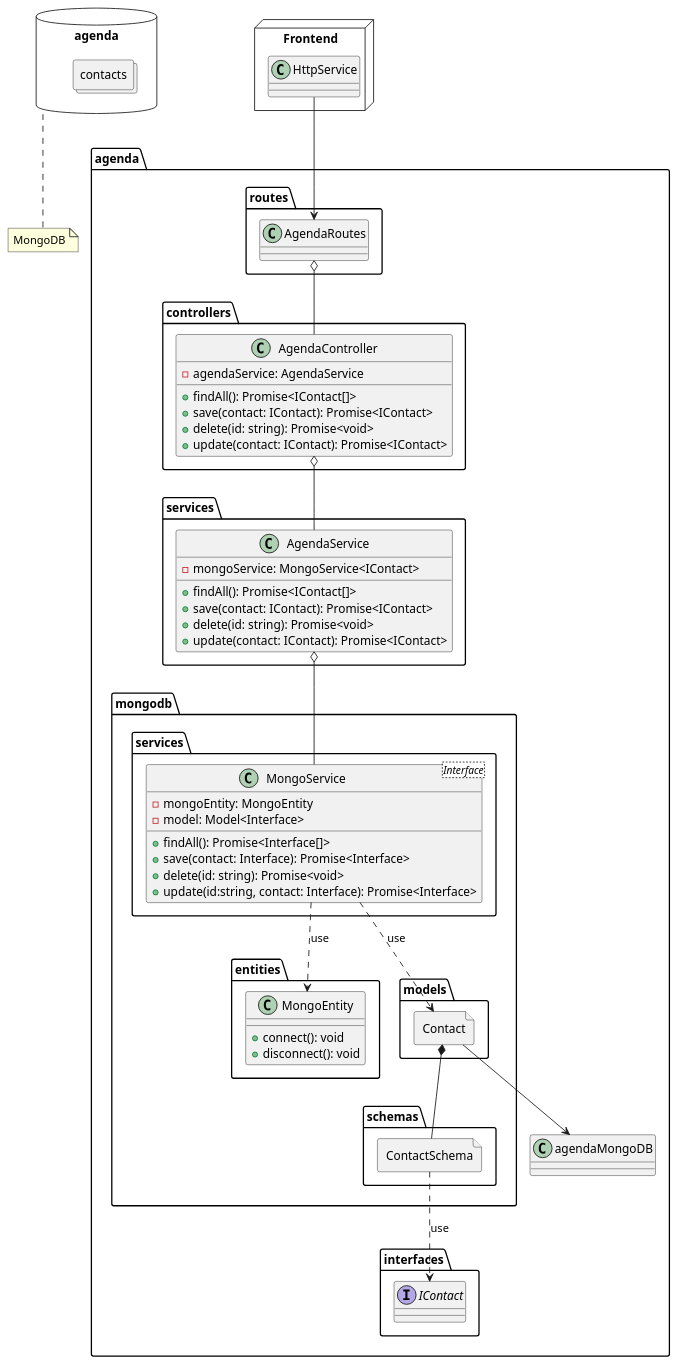
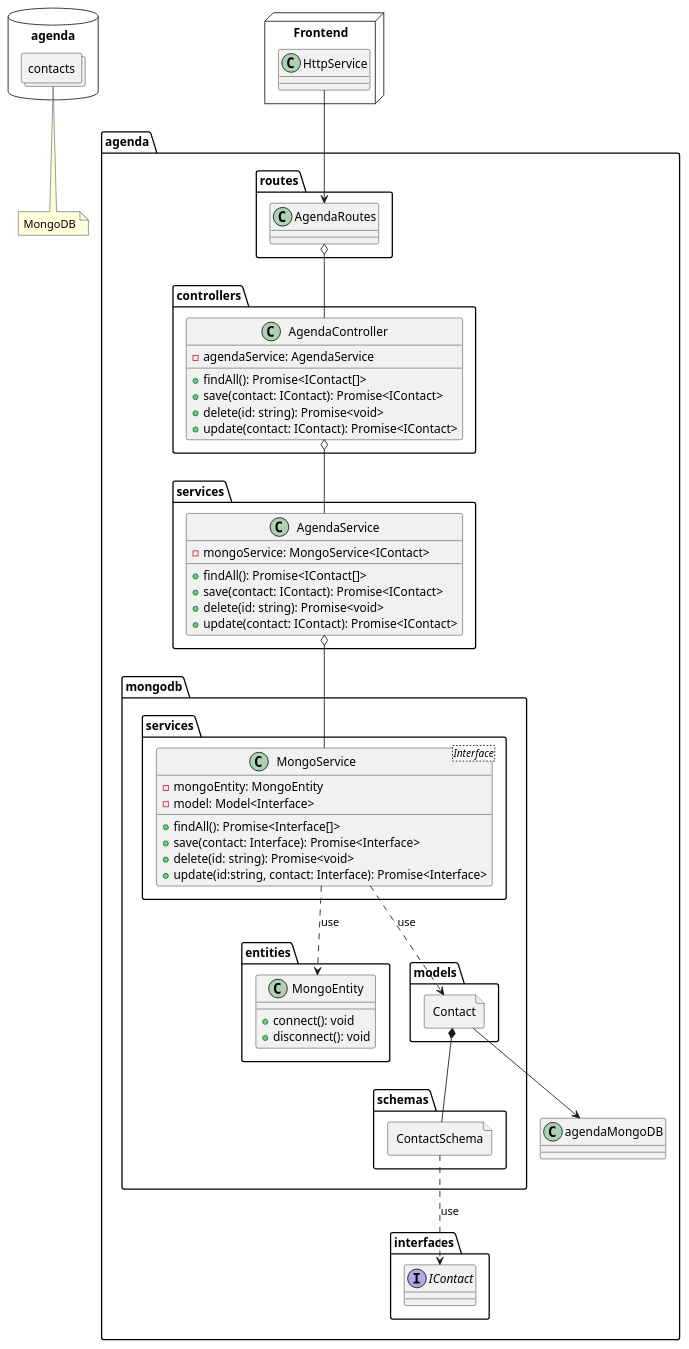
Before and after one commit to raulwwq0/Agenda-TypeScript: the diagram in docs/uml/server.puml, drawn with PlantUML. The commit also changed 1 other file, not shown here.

Commit message:
docs: refactor both uml

```diff
--- a/docs/uml/server.puml
+++ b/docs/uml/server.puml
@@ -1,84 +1,82 @@
 @startuml Server
 allowmixing
 
 package agenda {
     package controllers {
         class AgendaController {
             - agendaService: AgendaService
             + findAll(): Promise<IContact[]>
             + save(contact: IContact): Promise<IContact>
             + delete(id: string): Promise<void>
             + update(contact: IContact): Promise<IContact>
         }
     }
 
     package interfaces {
         interface IContact
     }
 
     package routes {
         class AgendaRoutes
     }
 
     package services {
         class AgendaService {
             - mongoService: MongoService<IContact>
             + findAll(): Promise<IContact[]>
             + save(contact: IContact): Promise<IContact>
             + delete(id: string): Promise<void>
             + update(contact: IContact): Promise<IContact>
         }
     }
 
     package mongodb {
         package entities {
             class MongoEntity {
                 + connect(): void
                 + disconnect(): void
             }
         }
 
         package models {
             file Contact
         }
 
         package schemas {
             file ContactSchema
         }
 
         package services as MongoServices {
             class MongoService<Interface> {
                 - mongoEntity: MongoEntity
                 - model: Model<Interface>
                 + findAll(): Promise<Interface[]>
                 + save(contact: Interface): Promise<Interface>
                 + delete(id: string): Promise<void>
                 + update(id:string, contact: Interface): Promise<Interface>
             }
         }
     }
 
     AgendaController o-- AgendaService
     AgendaRoutes o-- AgendaController
     AgendaService o-- MongoService
     MongoService -[dashed]-> MongoEntity: "use"
     MongoService -[dashed]-> Contact: "use"
     Contact *-- ContactSchema
     ContactSchema -[dashed]-> IContact: "use"
     Contact --> agendaMongoDB
 }
 
 database agenda as agendaMongoDB {
     collections contacts
 }
 
-note bottom of agendaMongoDB
-    MongoDB
-end note
+note bottom: MongoDB
 
 node Frontend {
     class HttpService{}
 
     HttpService --> AgendaRoutes
 }
 @enduml
```
